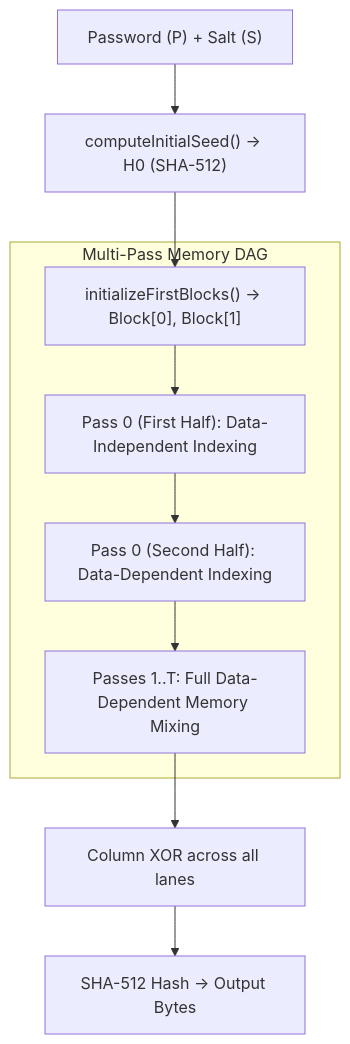
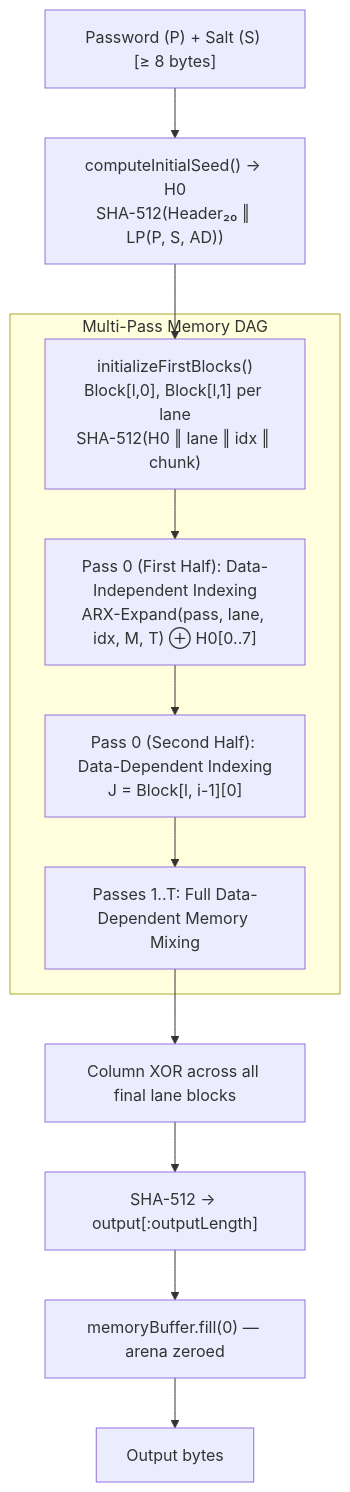
The diagram in docs/ENGINE.md (Epoch32/aura), drawn with Mermaid before and after one commit. The commit also changed other lines of this file and 4 other files, not shown here.

````diff
--- a/docs/ENGINE.md
+++ b/docs/ENGINE.md
@@ -33,14 +33,16 @@
 ```mermaid
 flowchart TD
-    INPUT["Password (P) + Salt (S)"] --> SEED["computeInitialSeed() -> H0 (SHA-512)"]
-    SEED --> INIT["initializeFirstBlocks() -> Block[0], Block[1]"]
-    
+    INPUT["Password (P) + Salt (S) [≥ 8 bytes]"] --> SEED["computeInitialSeed() → H0\nSHA-512(Header₂₀ ‖ LP(P, S, AD))"]
+    SEED --> INIT["initializeFirstBlocks()\nBlock[l,0], Block[l,1] per lane\nSHA-512(H0 ‖ lane ‖ idx ‖ chunk)"]
+
     subgraph Passes["Multi-Pass Memory DAG"]
-        INIT --> P0_IND["Pass 0 (First Half): Data-Independent Indexing"]
-        P0_IND --> P0_DEP["Pass 0 (Second Half): Data-Dependent Indexing"]
+        INIT --> P0_IND["Pass 0 (First Half): Data-Independent Indexing\nARX-Expand(pass, lane, idx, M, T) ⊕ H0[0..7]"]
+        P0_IND --> P0_DEP["Pass 0 (Second Half): Data-Dependent Indexing\nJ = Block[l, i-1][0]"]
         P0_DEP --> P_SUB["Passes 1..T: Full Data-Dependent Memory Mixing"]
     end
 
-    P_SUB --> REDUCE["Column XOR across all lanes"]
-    REDUCE --> DIGEST["SHA-512 Hash -> Output Bytes"]
+    P_SUB --> REDUCE["Column XOR across all final lane blocks"]
+    REDUCE --> DIGEST["SHA-512 → output[:outputLength]"]
+    DIGEST --> WIPE["memoryBuffer.fill(0) — arena zeroed"]
+    WIPE --> OUT["Output bytes"]
 ```
````
